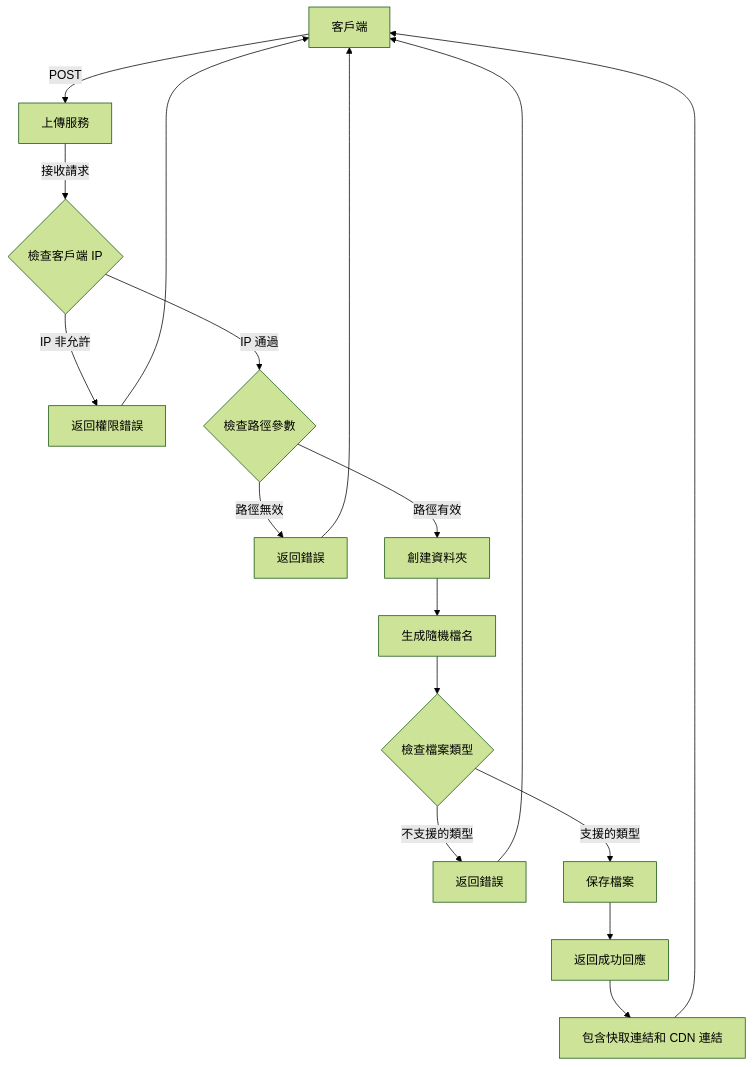
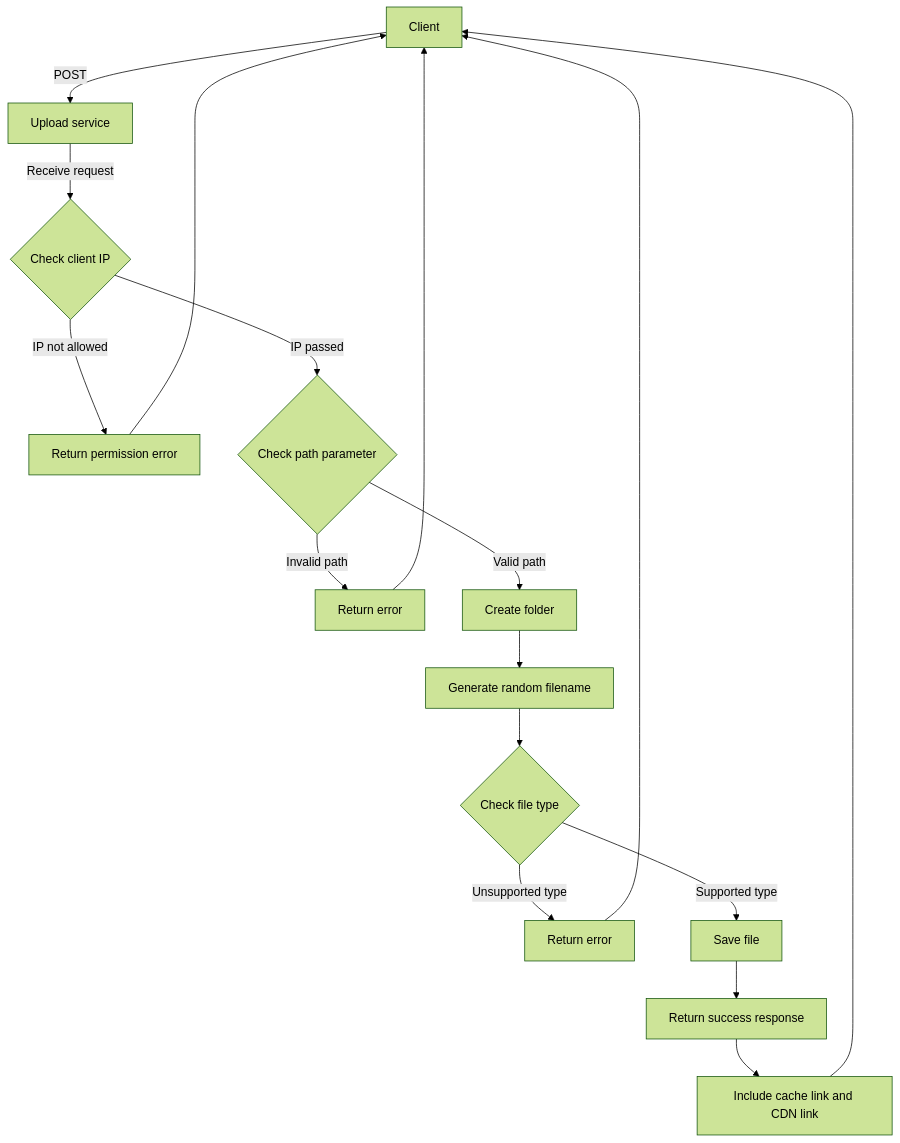
Before and after one commit to pardnchiu/golang-image-server: the second of 2 diagrams in README.md, drawn with Mermaid (forest theme). The commit also changed other lines of this file and 1 other file, not shown here.

````diff
--- a/README.md
+++ b/README.md
@@ -175,19 +177,19 @@
 ```mermaid
 flowchart TD
-    A[客戶端] -->|POST| B[上傳服務]
-    B -->|接收請求| C{檢查客戶端 IP}
-    C -->|IP 非允許| D[返回權限錯誤]
-    C -->|IP 通過| E{檢查路徑參數}
-    E -->|路徑無效| F[返回錯誤]
-    E -->|路徑有效| G[創建資料夾]
-    G --> H[生成隨機檔名]
-    H --> I{檢查檔案類型}
-    I -->|不支援的類型| J[返回錯誤]
-    I -->|支援的類型| K[保存檔案]
-    K --> L[返回成功回應]
-    L --> M[包含快取連結和 CDN 連結]
+    A[Client] -->|POST| B[Upload service]
+    B -->|Receive request| C{Check client IP}
+    C -->|IP not allowed| D[Return permission error]
+    C -->|IP passed| E{Check path parameter}
+    E -->|Invalid path| F[Return error]
+    E -->|Valid path| G[Create folder]
+    G --> H[Generate random filename]
+    H --> I{Check file type}
+    I -->|Unsupported type| J[Return error]
+    I -->|Supported type| K[Save file]
+    K --> L[Return success response]
+    L --> M[Include cache link and CDN link]
     M --> A
     D --> A
     F --> A
     J --> A
 ```
````
